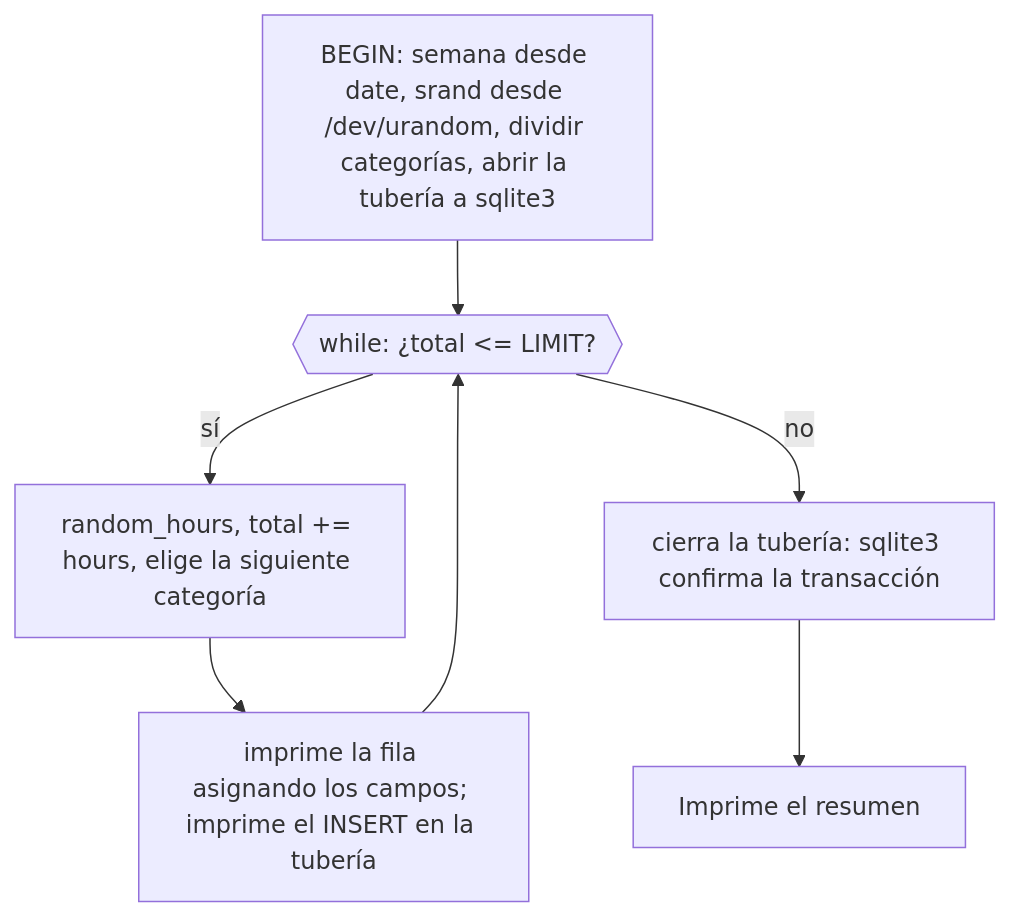
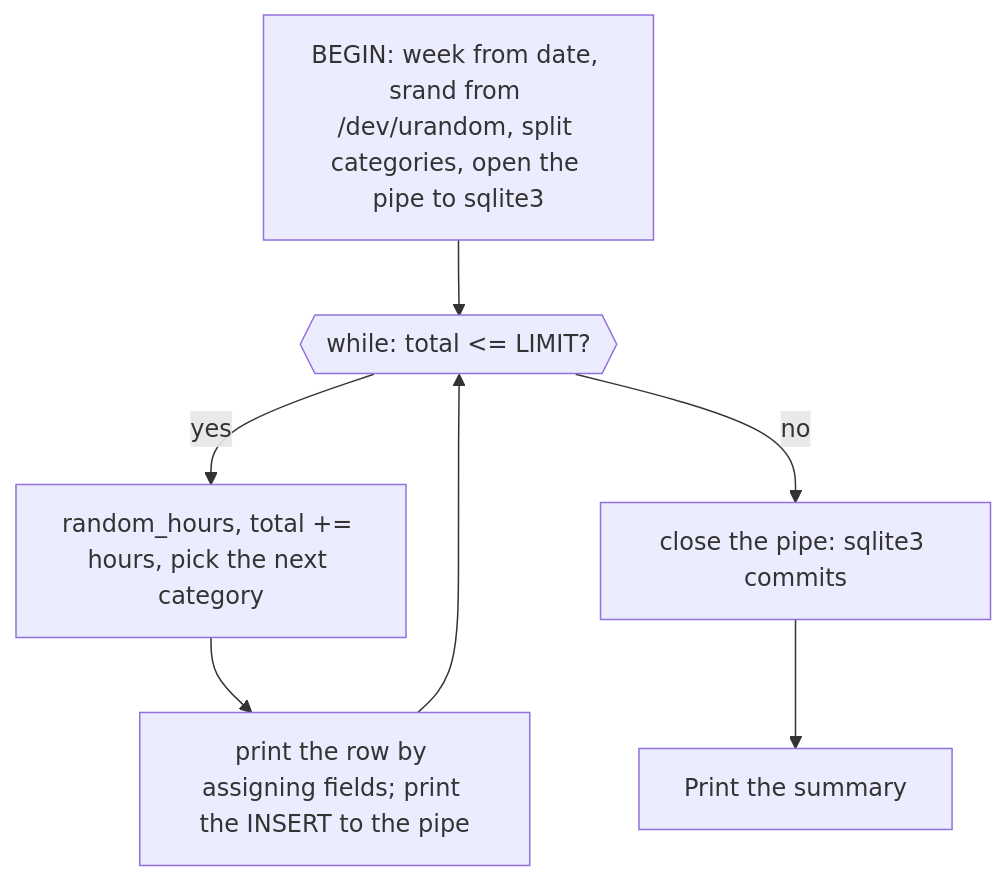
The first of 2 diagrams in lessons/lenguajes/awk.md (dullroar/aprende-a-programar-como-un-bicho-raro), drawn with Mermaid before and after one commit. The commit also changed other lines of this file and 14 other files, not shown here.

First line of the commit message:
loop(F2-007-awk-weird): src/awk-weird card categories localized (Reuniones, Programación, Depuración, Aprendizaje); oracle PASS

````diff
--- a/lessons/lenguajes/awk.md
+++ b/lessons/lenguajes/awk.md
@@ -112,11 +112,11 @@
 ```mermaid
 flowchart TD
-    accTitle: awk: un generador en BEGIN, con un bucle while y una tubería hacia sqlite3
-    accDescr: Un diagrama de flujo. awk no tiene entrada de datos, así que todo se ejecuta en la regla BEGIN. BEGIN pide la semana ISO al intérprete de comandos. BEGIN inicializa el generador aleatorio, divide los nombres de las categorías en un arreglo y abre una tubería hacia sqlite3. Un bucle while comprueba si el total es menor o igual que el límite. Si es así, sortea las horas, las suma al total, elige la siguiente categoría, imprime la fila e imprime un INSERT en la tubería. Cuando el total pasa del límite, awk cierra la tubería (lo que confirma la transacción) e imprime el resumen.
-    A["BEGIN: semana desde date, srand desde /dev/urandom, dividir categorías, abrir la tubería a sqlite3"] --> B{{"while: ¿total <= LIMIT?"}}
-    B -->|sí| C["random_hours, total += hours, elige la siguiente categoría"]
-    C --> D["imprime la fila asignando los campos; imprime el INSERT en la tubería"]
+    accTitle: awk: a generator in BEGIN, with a while loop and a pipe to sqlite3
+    accDescr: A flowchart. awk has no input, so everything runs in the BEGIN rule. BEGIN asks the shell for the ISO week, seeds the random generator, splits the category names into an array and opens a pipe to sqlite3. A while loop tests whether the total is at or under the limit. If so, it draws hours, adds them to the total, picks the next category, prints the row, and prints an INSERT to the pipe. When the total is over the limit, awk closes the pipe, which commits the transaction, and prints the summary.
+    A["BEGIN: week from date, srand from /dev/urandom, split categories, open the pipe to sqlite3"] --> B{{"while: total <= LIMIT?"}}
+    B -->|yes| C["random_hours, total += hours, pick the next category"]
+    C --> D["print the row by assigning fields; print the INSERT to the pipe"]
     D --> B
-    B -->|no| E["cierra la tubería: sqlite3 confirma la transacción"]
-    E --> F["Imprime el resumen"]
+    B -->|no| E["close the pipe: sqlite3 commits"]
+    E --> F["Print the summary"]
 ```
````
